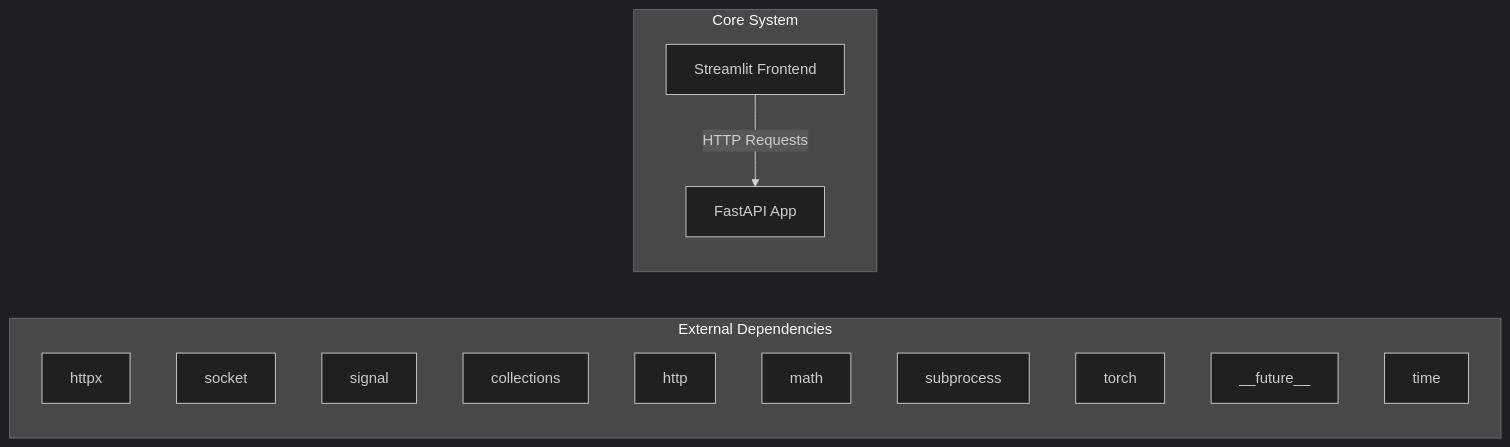
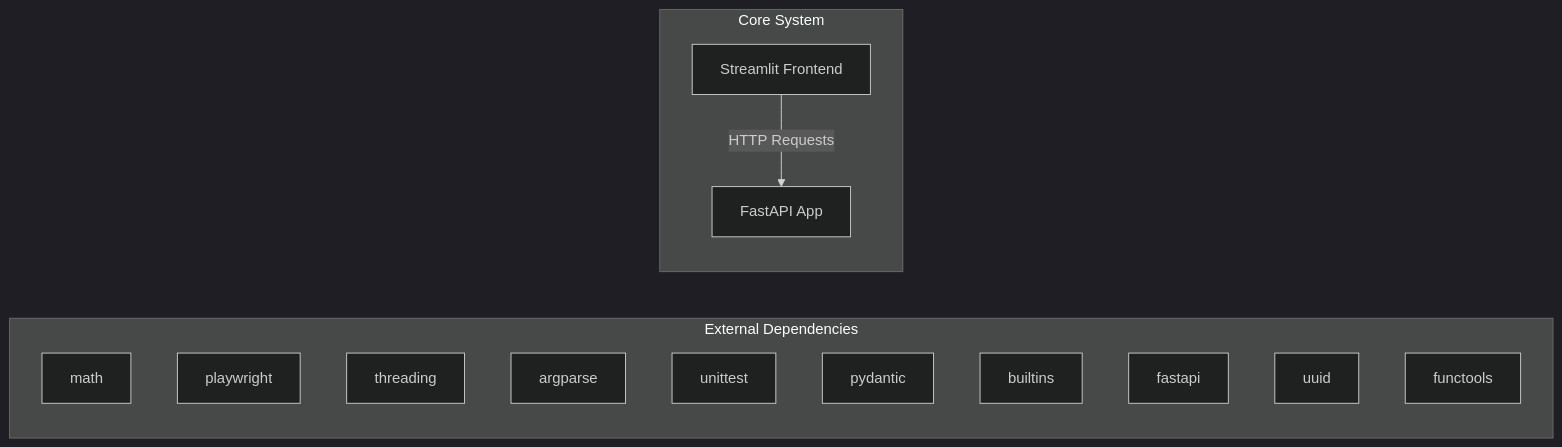
One commit to NITISH-R-G/rag-context-optimizer changed the first of 2 diagrams in docs/architecture.md. Above: the diagram before and after it, drawn with Mermaid (dark theme). The commit also changed 1 other file, not shown here.

Commit message:
docs: auto-update repository knowledge, architecture diagrams, and documentation

````diff
--- a/docs/architecture.md
+++ b/docs/architecture.md
@@ -7,20 +7,20 @@
 ```mermaid
 graph LR
     subgraph External Dependencies
-        E0["httpx"]
-        E1["socket"]
-        E2["signal"]
-        E3["collections"]
-        E4["http"]
-        E5["math"]
-        E6["subprocess"]
-        E7["torch"]
-        E8["__future__"]
-        E9["time"]
+        E0["math"]
+        E1["playwright"]
+        E2["threading"]
+        E3["argparse"]
+        E4["unittest"]
+        E5["pydantic"]
+        E6["builtins"]
+        E7["fastapi"]
+        E8["uuid"]
+        E9["functools"]
     end
     subgraph Core System
         API["FastAPI App"]
         UI["Streamlit Frontend"]
     end
     UI -->|HTTP Requests| API
 ```
````
